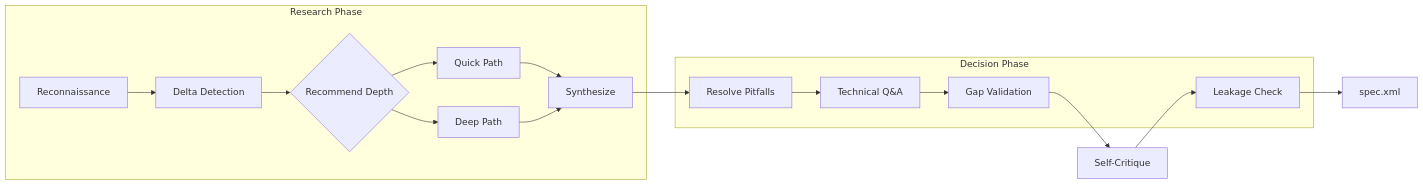
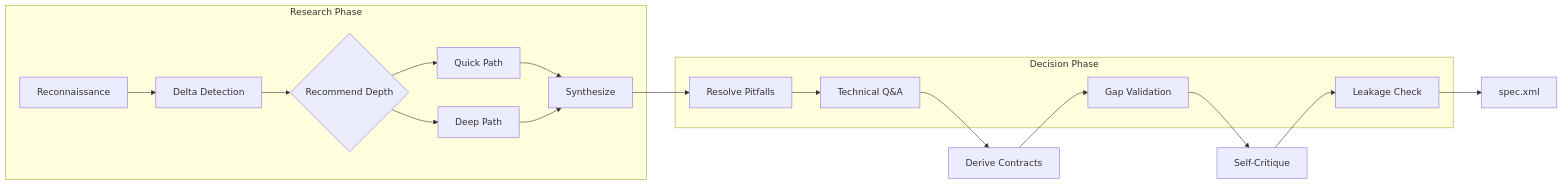
Before and after one commit to mattfletcher94/festinalente: the diagram in .festinalente/product/skills/scope.md, drawn with Mermaid. The commit also changed other lines of this file and 2 other files, not shown here.

````diff
--- a/.festinalente/product/skills/scope.md
+++ b/.festinalente/product/skills/scope.md
@@ -29,31 +29,32 @@
 ```mermaid
 flowchart LR
     subgraph "Research Phase"
         Recon[Reconnaissance]
         Delta[Delta Detection]
         Recommend{Recommend Depth}
         Quick[Quick Path]
         Deep[Deep Path]
         Synthesis[Synthesize]
     end
 
     subgraph "Decision Phase"
         Pitfalls[Resolve Pitfalls]
         QA[Technical Q&A]
         GapVal[Gap Validation]
         Leakage[Leakage Check]
     end
 
     Recon --> Delta
     Delta --> Recommend
     Recommend --> Quick
     Recommend --> Deep
     Quick --> Synthesis
     Deep --> Synthesis
     Synthesis --> Pitfalls
     Pitfalls --> QA
-    QA --> GapVal
+    QA --> Contracts[Derive Contracts]
+    Contracts --> GapVal
     GapVal --> SelfCritique[Self-Critique]
     SelfCritique --> Leakage
     Leakage --> Spec[spec.xml]
 ```
````
